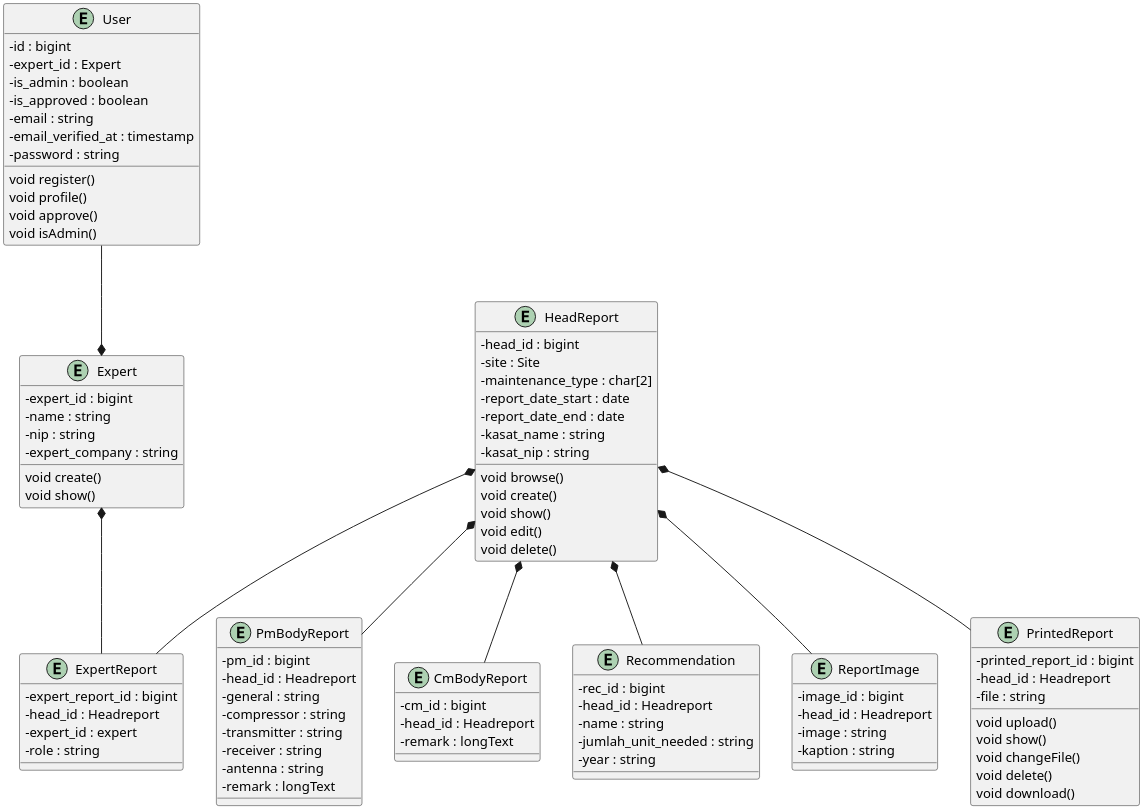
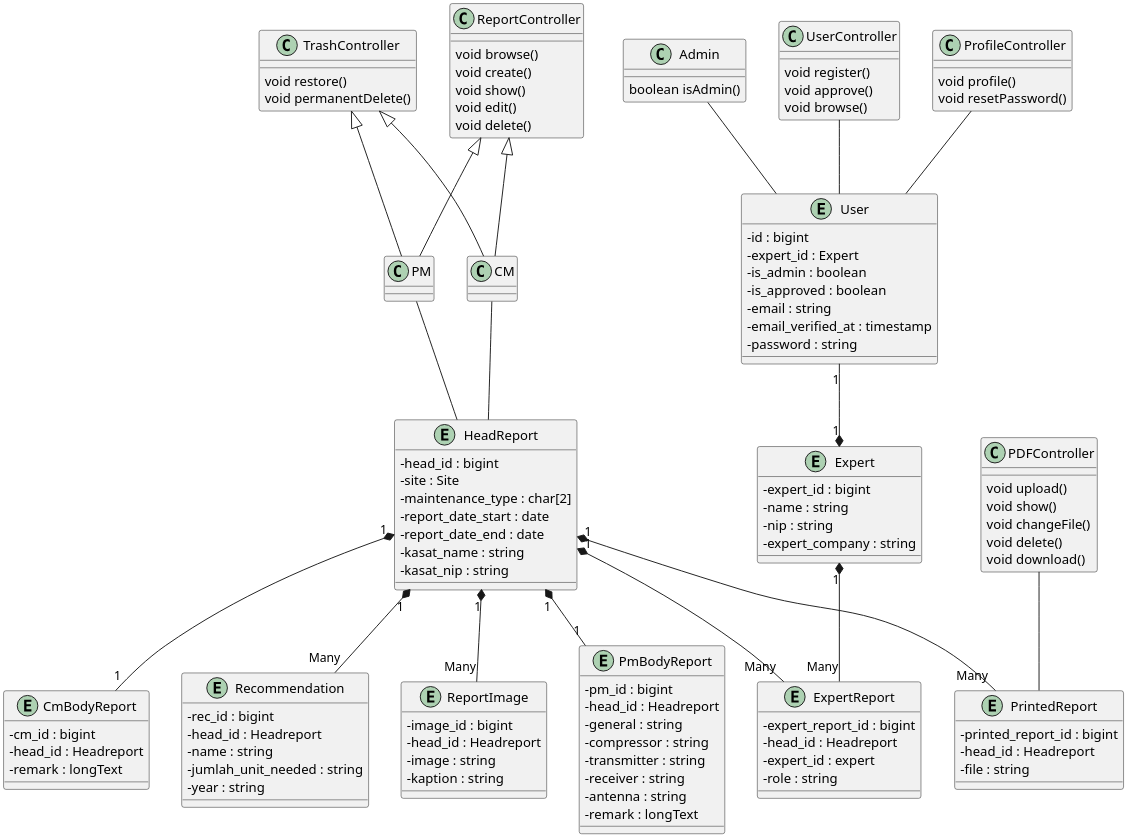
The diagram in Docs/diagrams/class.plantuml (KPL-slur/eec-sifse-fixed), drawn with PlantUML before and after one commit.

Commit message:
:memo:update class diagram

```diff
--- a/Docs/diagrams/class.plantuml
+++ b/Docs/diagrams/class.plantuml
@@ -1,155 +1,196 @@
 @startuml classdiag
 
 skinparam classAttributeIconSize 0
 skinparam dpi 300
 
+'========================================
+'ENTITY DECLARATION
+'========================================
 entity HeadReport {
     - head_id : bigint
     - site : Site
     - maintenance_type : char[2]
     - report_date_start : date
     - report_date_end : date
     - kasat_name : string
     - kasat_nip : string
-    void browse()
-    void create()
-    void show()
-    void edit()
-    void delete()
 }
 entity ExpertReport {
     - expert_report_id : bigint
     - head_id : Headreport
     - expert_id : expert
     - role : string
 }
 entity PmBodyReport {
     - pm_id : bigint
     - head_id : Headreport
     - general : string
     - compressor : string
     - transmitter : string
     - receiver : string
     - antenna : string
     - remark : longText
     ' - radio_general_visual : boolean
     ' - radio_wipe_down : boolean
     ' - radio_inspect_all : boolean
     ' - radio_compressor_visual  : boolean
     ' - radio_duty_cycle : boolean
     ' - radio_transmitter_visual : boolean
     ' - radio_running_time : boolean
     ' - radio_radiate_time : boolean
     ' - radio_0_4_us : boolean
     ' - radio_0_8_us : boolean
     ' - radio_1_0_us : boolean
     ' - radio_2_0_us : boolean
     ' - radio_forward_power : boolean
     ' - radio_reverse_power : boolean
     ' - radio_vswr : boolean
     ' - radio_receiver_visual  : boolean
     ' - radio_stalo_check : boolean
     ' - radio_afc_check : boolean
     ' - radio_mrp_check : boolean
     ' - radio_rcu_check : boolean
     ' - radio_iq2_check : boolean
     ' - radio_antenna_visual : boolean
     ' - radio_inspect_motor : boolean
     ' - radio_clean_slip : boolean
     ' - radio_grease_gear : boolean
     ' - general_visual : string
     ' - rcms : string
     ' - wipe_down : string
     ' - inspect_all : string
     ' - compressor_visual : string
     ' - duty_cycle : string
     ' - transmitter_visual : string
     ' - running_time : string
     ' - radiate_time : string
     ' - hvps_v_0_4us : string
     ' - hvps_i_0_4us : string
     ' - mag_v_0_4us : string
     ' - hvps_v_0_8us : string
     ' - hvps_i_0_8us : string
     ' - hvps_v_1_0us : string
     ' - hvps_i_1_0us : string
     ' - mag_i_1_0us : string
     ' - hvps_v_2_0us : string
     ' - hvps_i_2_0us : string
     ' - mag_i_2_0us : string
     ' - forward_power : string
     ' - reverse_power : string
     ' - vswr : string
     ' - receiver_visual : string 
     ' - stalo_check : string
     ' - afc_check : string
     ' - mrp_check : string
     ' - rcu_check : string
     ' - iq2_check : string
     ' - antenna_visual : string
     ' - inspect_motor : string
     ' - clean_slip : string
     ' - grease_gear : string
 }
 entity CmBodyReport {
     - cm_id : bigint
     - head_id : Headreport
     - remark : longText
 }
 entity Recommendation {
     - rec_id : bigint
     - head_id : Headreport
     - name : string
     - jumlah_unit_needed : string
     - year : string
 }
 entity ReportImage {
     - image_id : bigint
     - head_id : Headreport
     - image : string
     - kaption : string
 }
 entity PrintedReport {
     - printed_report_id : bigint
     - head_id : Headreport
     - file : string
-    void upload()
-    void show()
-    void changeFile()
-    void delete()
-    void download()
 }
 entity Expert {
     - expert_id : bigint
     - name : string
     - nip : string
     - expert_company : string
-    void create()
-    void show()
 }
 entity User {
     - id : bigint
     - expert_id : Expert
     - is_admin : boolean
     - is_approved : boolean
     - email : string
     - email_verified_at : timestamp
     - password : string
-    void register()
-    void profile()
-    void approve()
-    void isAdmin()
 }
 
-'HeadReport Composite
-HeadReport *-- ExpertReport
-HeadReport *-- PmBodyReport
-HeadReport *-- CmBodyReport
-HeadReport *-- Recommendation
-HeadReport *-- ReportImage
-HeadReport *-- PrintedReport
+'========================================
+'CLASS DECLARATION
+'========================================
+class Admin {
+    boolean isAdmin()
+}
+class ReportController {
+    void browse()
+    void create()
+    void show()
+    void edit()
+    void delete()
+}
+class TrashController {
+    void restore()
+    void permanentDelete()
+}
+class PM
+class CM
+class PDFController {
+    void upload()
+    void show()
+    void changeFile()
+    void delete()
+    void download()
+}   
+class UserController {
+    void register()
+    void approve()
+    void browse()
+}
+class ProfileController {
+    void profile()
+    void resetPassword()
+}
 
-Expert *-- ExpertReport
-User --* Expert
+'========================================
+'RELATION
+'========================================
+
+HeadReport "1" *-- "Many" ExpertReport
+HeadReport "1" *-- "1" PmBodyReport
+HeadReport "1" *-- "1" CmBodyReport
+HeadReport "1" *-- "Many" Recommendation
+HeadReport "1" *-- "Many" ReportImage
+HeadReport "1" *-- "Many" PrintedReport
+
+Expert "1" *-- "Many" ExpertReport
+User "1" --* "1" Expert
+
+Admin -- User
+
+ReportController 	<|-- PM
+ReportController 	<|-- CM
+TrashController 	<|-- PM
+TrashController 	<|-- CM
+
+PM -- HeadReport
+CM -- HeadReport
+
+UserController -- User
+ProfileController -- User
+
+PDFController -- PrintedReport
 
 @enduml
```
